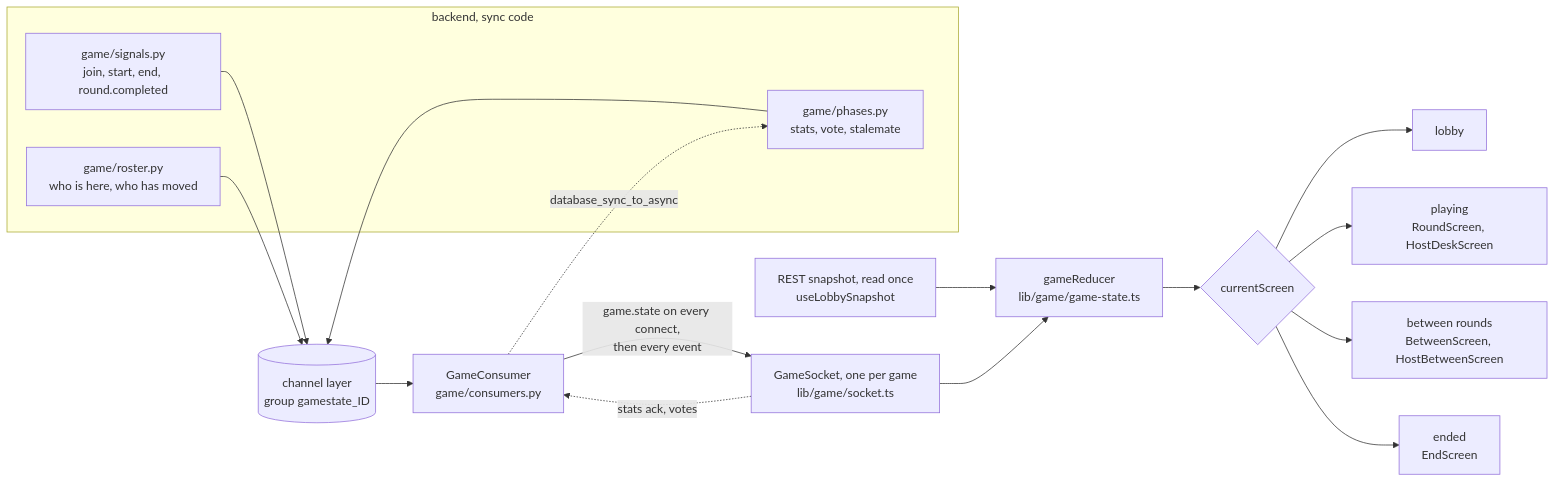
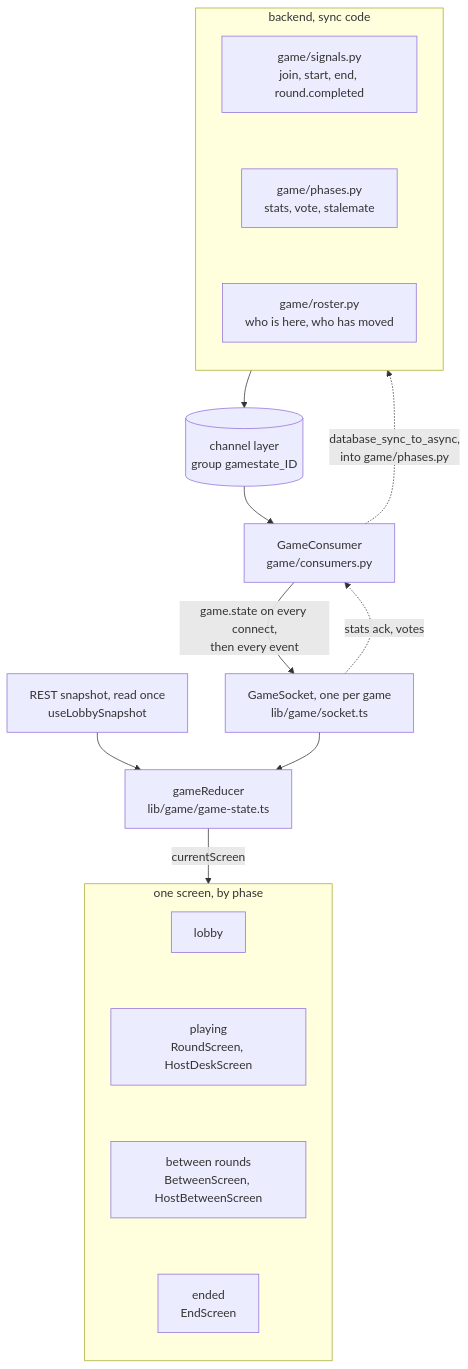
Diagram 11 of 12 in docs/en-flowcharts.md (luke-hirsch/co2mmute), drawn with Mermaid before and after one commit. The commit also changed other lines of this file and 16 other files, not shown here.

````diff
--- a/docs/en-flowcharts.md
+++ b/docs/en-flowcharts.md
@@ -389,22 +379,26 @@
 ```mermaid
-flowchart LR
+flowchart TD
     subgraph server["backend, sync code"]
+        direction TB
         sig["game/signals.py<br>join, start, end, round.completed"]
         ph["game/phases.py<br>stats, vote, stalemate"]
         ro["game/roster.py<br>who is here, who has moved"]
+        sig ~~~ ph ~~~ ro
     end
-    sig --> layer
-    ph --> layer
-    ro --> layer
+    server --> layer
     layer[("channel layer<br>group gamestate_ID")] --> cons["GameConsumer<br>game/consumers.py"]
     cons -->|"game.state on every connect,<br>then every event"| sock["GameSocket, one per game<br>lib/game/socket.ts"]
     snapshot["REST snapshot, read once<br>useLobbySnapshot"] --> reducer
     sock --> reducer["gameReducer<br>lib/game/game-state.ts"]
-    reducer --> screen{"currentScreen"}
-    screen --> lobby["lobby"]
-    screen --> playing["playing<br>RoundScreen, HostDeskScreen"]
-    screen --> between["between rounds<br>BetweenScreen, HostBetweenScreen"]
-    screen --> ended["ended<br>EndScreen"]
+    reducer -->|"currentScreen"| screens
+    subgraph screens["one screen, by phase"]
+        direction TB
+        lobby["lobby"]
+        playing["playing<br>RoundScreen, HostDeskScreen"]
+        between["between rounds<br>BetweenScreen, HostBetweenScreen"]
+        ended["ended<br>EndScreen"]
+        lobby ~~~ playing ~~~ between ~~~ ended
+    end
     sock -.->|"stats ack, votes"| cons
-    cons -.->|"database_sync_to_async"| ph
+    cons -.->|"database_sync_to_async,<br>into game/phases.py"| server
 ```
````
